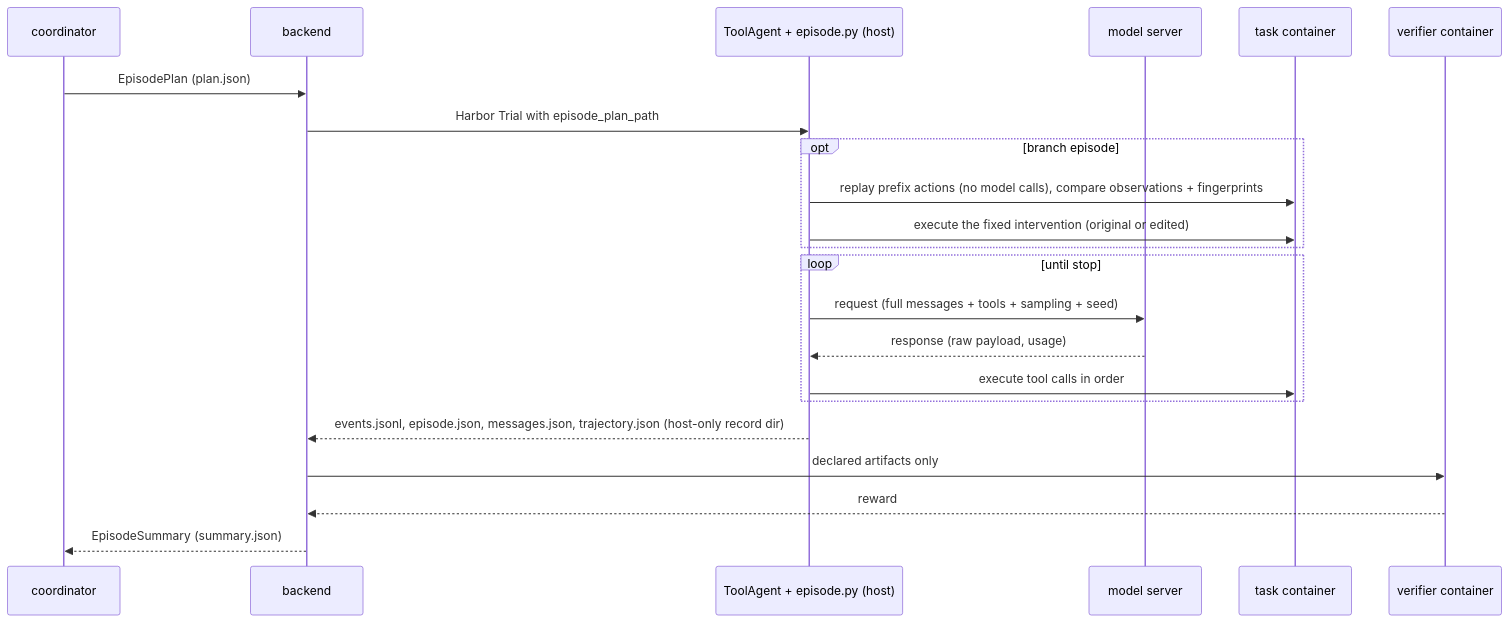
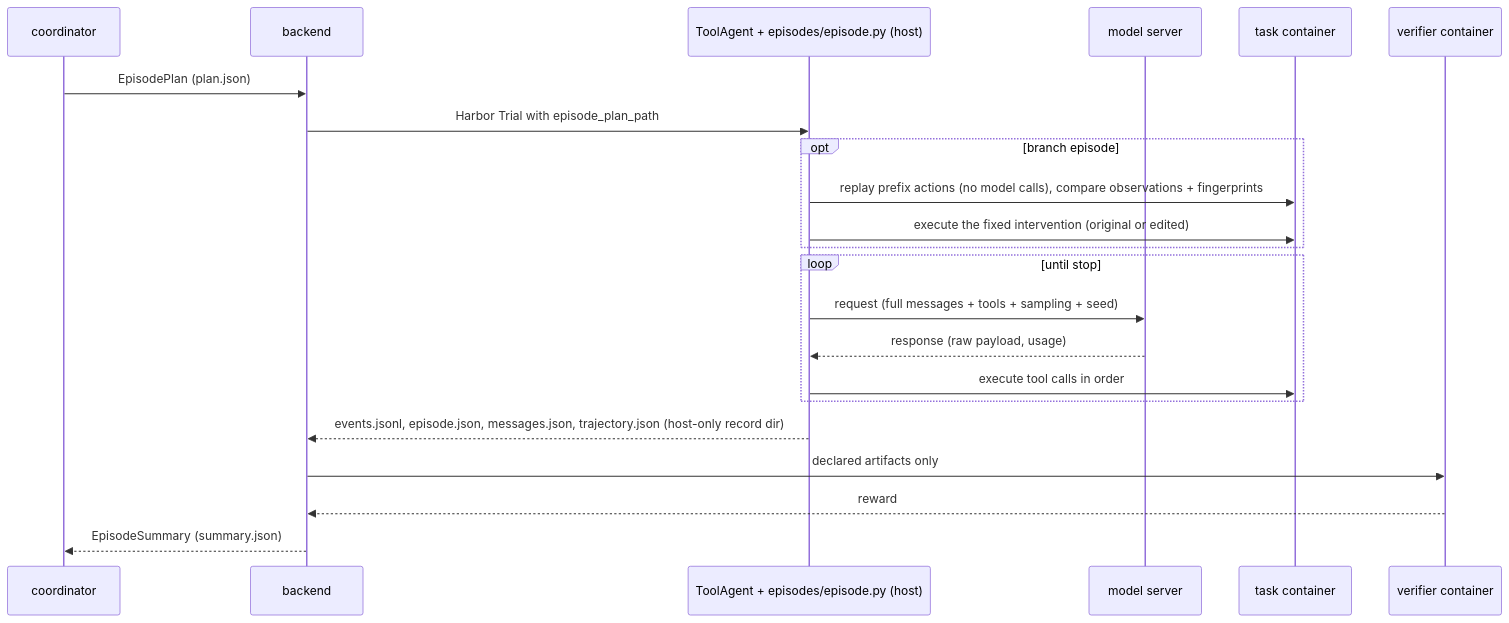
Before and after one commit to thomas-lane/learning-loop: the third of 3 diagrams in docs/architecture.md, drawn with Mermaid. The commit also changed other lines of this file and 121 other files, not shown here.

````diff
--- a/docs/architecture.md
+++ b/docs/architecture.md
@@ -179,24 +194,24 @@
 ```mermaid
 sequenceDiagram
     participant CO as coordinator
     participant BE as backend
-    participant AG as ToolAgent + episode.py (host)
+    participant AG as ToolAgent + episodes/episode.py (host)
     participant M as model server
     participant TC as task container
     participant VC as verifier container
     CO->>BE: EpisodePlan (plan.json)
     BE->>AG: Harbor Trial with episode_plan_path
     opt branch episode
         AG->>TC: replay prefix actions (no model calls), compare observations + fingerprints
         AG->>TC: execute the fixed intervention (original or edited)
     end
     loop until stop
         AG->>M: request (full messages + tools + sampling + seed)
         M-->>AG: response (raw payload, usage)
         AG->>TC: execute tool calls in order
     end
     AG-->>BE: events.jsonl, episode.json, messages.json, trajectory.json (host-only record dir)
     BE->>VC: declared artifacts only
     VC-->>BE: reward
     BE-->>CO: EpisodeSummary (summary.json)
 ```
````
